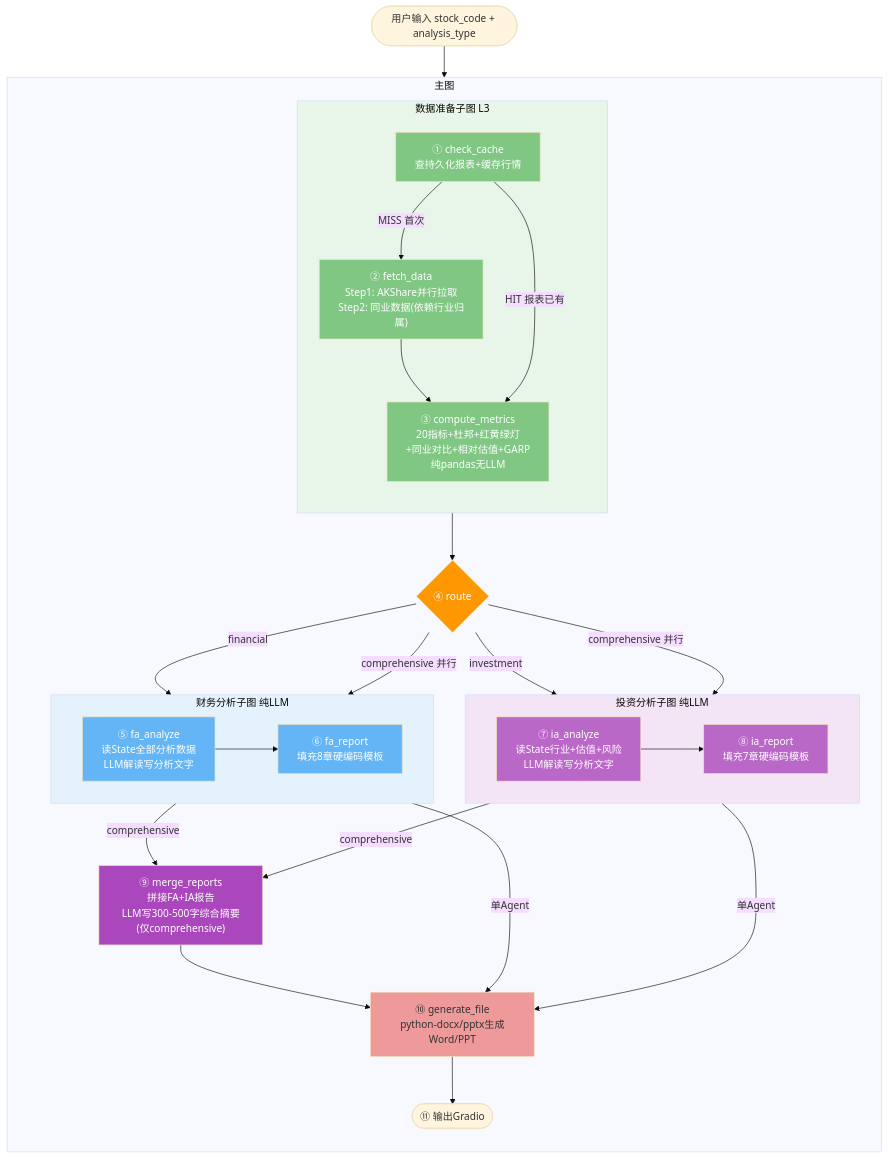
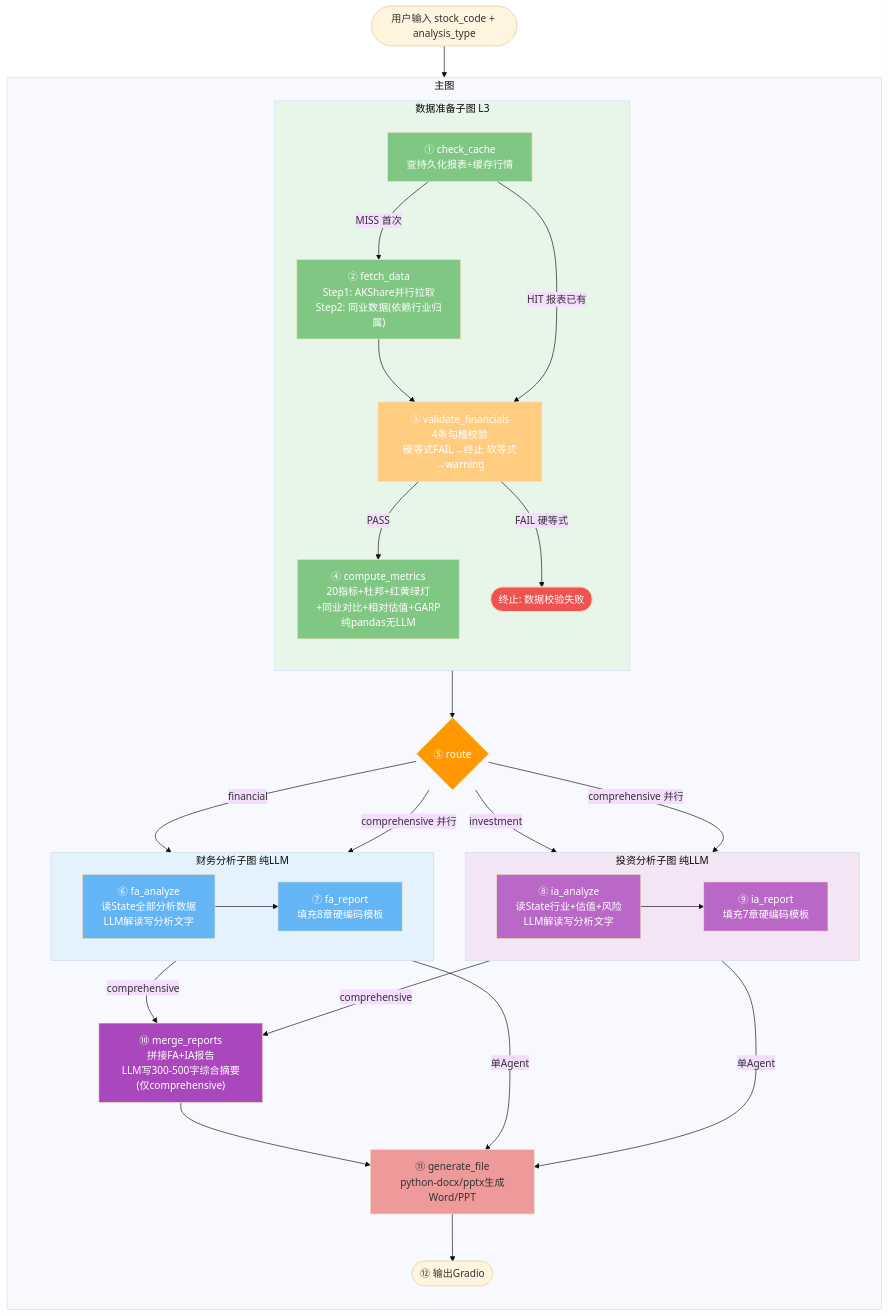
Before and after one commit to closure-guo/finance_analysis_agent: the first of 2 diagrams in docs/architecture.md, drawn with Mermaid (base theme). The commit also changed other lines of this file and 3 other files, not shown here.

````diff
--- a/docs/architecture.md
+++ b/docs/architecture.md
@@ -30,63 +30,68 @@
 ```mermaid
 flowchart TB
     START([用户输入 stock_code + analysis_type]) --> PREP
 
     subgraph MAIN["主图"]
         direction TB
 
         subgraph PREP["数据准备子图 L3"]
             direction TB
             CC["① check_cache<br/>查持久化报表+缓存行情"]
             FP["② fetch_data<br/>Step1: AKShare并行拉取<br/>Step2: 同业数据(依赖行业归属)"]
-            CM["③ compute_metrics<br/>20指标+杜邦+红黄绿灯<br/>+同业对比+相对估值+GARP<br/>纯pandas无LLM"]
-            CC -->|"MISS 首次"| FP --> CM
-            CC -->|"HIT 报表已有"| CM
+            VF["③ validate_financials<br/>4条勾稽校验<br/>硬等式FAIL→终止 软等式→warning"]
+            CM["④ compute_metrics<br/>20指标+杜邦+红黄绿灯<br/>+同业对比+相对估值+GARP<br/>纯pandas无LLM"]
+            CC -->|"MISS 首次"| FP --> VF
+            CC -->|"HIT 报表已有"| VF
+            VF -->|"PASS"| CM
+            VF -->|"FAIL 硬等式"| END_ERR(["终止: 数据校验失败"])
         end
 
-        Route{"④ route"}
+        Route{"⑤ route"}
 
         subgraph FA["财务分析子图 纯LLM"]
-            FA1["⑤ fa_analyze<br/>读State全部分析数据<br/>LLM解读写分析文字"]
-            FA2["⑥ fa_report<br/>填充8章硬编码模板"]
+            FA1["⑥ fa_analyze<br/>读State全部分析数据<br/>LLM解读写分析文字"]
+            FA2["⑦ fa_report<br/>填充8章硬编码模板"]
             FA1 --> FA2
         end
 
         subgraph IA["投资分析子图 纯LLM"]
-            IA1["⑦ ia_analyze<br/>读State行业+估值+风险<br/>LLM解读写分析文字"]
-            IA2["⑧ ia_report<br/>填充7章硬编码模板"]
+            IA1["⑧ ia_analyze<br/>读State行业+估值+风险<br/>LLM解读写分析文字"]
+            IA2["⑨ ia_report<br/>填充7章硬编码模板"]
             IA1 --> IA2
         end
 
-        Merge["⑨ merge_reports<br/>拼接FA+IA报告<br/>LLM写300-500字综合摘要(仅comprehensive)"]
-        GenFile["⑩ generate_file<br/>python-docx/pptx生成Word/PPT"]
-        Output(["⑪ 输出Gradio"])
+        Merge["⑩ merge_reports<br/>拼接FA+IA报告<br/>LLM写300-500字综合摘要(仅comprehensive)"]
+        GenFile["⑪ generate_file<br/>python-docx/pptx生成Word/PPT"]
+        Output(["⑫ 输出Gradio"])
     end
 
     PREP --> Route
 
     Route -->|"financial"| FA
     Route -->|"investment"| IA
     Route -->|"comprehensive 并行"| FA
     Route -->|"comprehensive 并行"| IA
 
     FA -->|"comprehensive"| Merge
     IA -->|"comprehensive"| Merge
     FA -->|"单Agent"| GenFile
     IA -->|"单Agent"| GenFile
     Merge --> GenFile
     GenFile --> Output
 
     style PREP fill:#e8f5e9
     style CC fill:#81c784,color:#fff
     style FP fill:#81c784,color:#fff
+    style VF fill:#ffcc80,color:#fff
     style CM fill:#81c784,color:#fff
+    style END_ERR fill:#ef5350,color:#fff
     style Route fill:#ff9800,color:#fff
     style FA fill:#e3f2fd
     style IA fill:#f3e5f5
     style FA1 fill:#64b5f6,color:#fff
     style FA2 fill:#64b5f6,color:#fff
     style IA1 fill:#ba68c8,color:#fff
     style IA2 fill:#ba68c8,color:#fff
     style GenFile fill:#ef9a9a
     style Merge fill:#ab47bc,color:#fff
 ```
````
